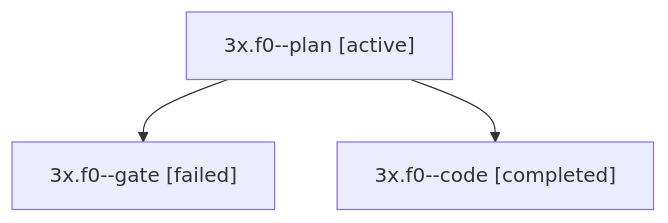
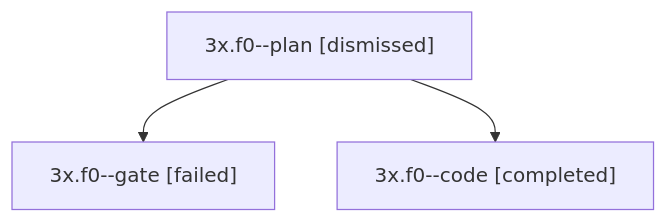
Before and after one commit to bobs-org/bob-cli--agents: the diagram in sessions/bbugyi200.apollo.3x.f0.md, drawn with Mermaid. The commit also changed other lines of this file and 36 other files, not shown here.

````diff
--- a/sessions/bbugyi200.apollo.3x.f0.md
+++ b/sessions/bbugyi200.apollo.3x.f0.md
@@ -9,8 +9,8 @@
 ```mermaid
 flowchart TD
-  n0["3x.f0--plan [active]"]
+  n0["3x.f0--plan [dismissed]"]
   n1["3x.f0--gate [failed]"]
   n0 --> n1
   n2["3x.f0--code [completed]"]
   n0 --> n2
 ```
````
